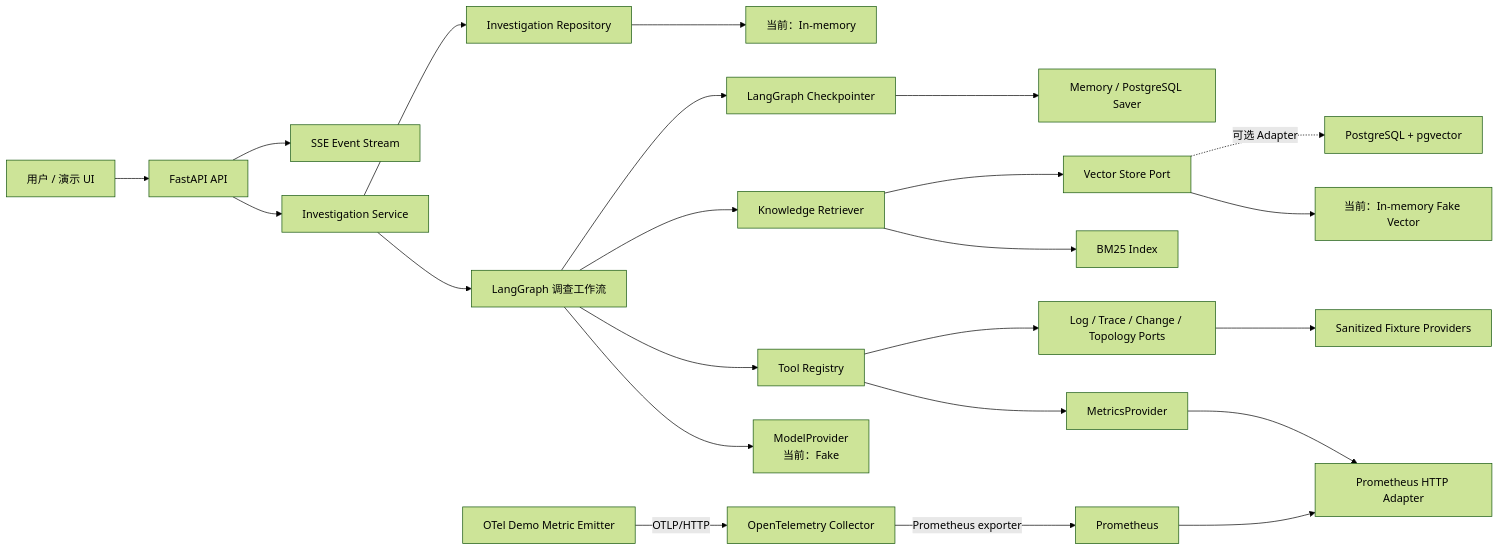
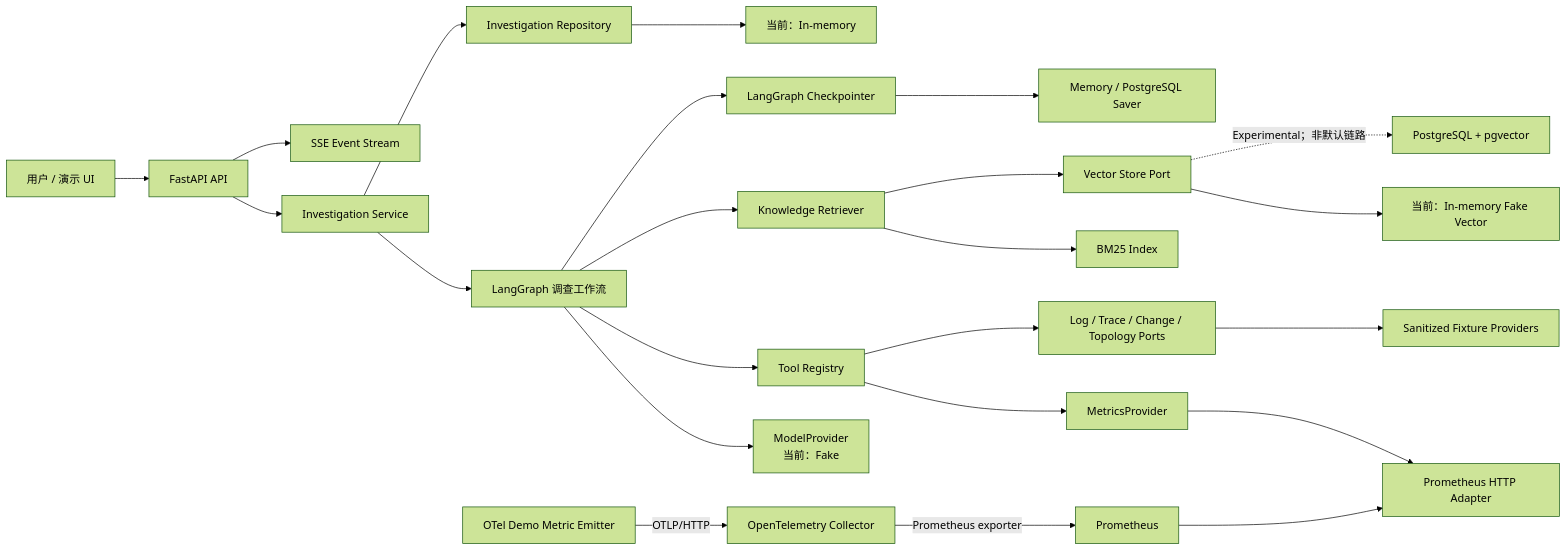
One commit to Solene200/incident-copilot changed the diagram in docs/ARCHITECTURE.md. Above: the diagram before and after it, drawn with Mermaid (forest theme). The commit also changed other lines of this file and 30 other files, not shown here.

````diff
--- a/docs/ARCHITECTURE.md
+++ b/docs/ARCHITECTURE.md
@@ -14,25 +25,25 @@
 ```mermaid
 flowchart LR
     User["用户 / 演示 UI"] --> API["FastAPI API"]
     API --> Service["Investigation Service"]
     Service --> Graph["LangGraph 调查工作流"]
     Graph --> Model["ModelProvider\n当前：Fake"]
     Graph --> Registry["Tool Registry"]
     Registry --> MetricPort["MetricsProvider"]
     Registry --> OtherPorts["Log / Trace / Change / Topology Ports"]
     MetricPort --> PromAdapter["Prometheus HTTP Adapter"]
     OtherPorts --> Fixture["Sanitized Fixture Providers"]
     Graph --> Retriever["Knowledge Retriever"]
     Retriever --> BM25["BM25 Index"]
     Retriever --> Vector["Vector Store Port"]
     Vector --> InMemory["当前：In-memory Fake Vector"]
-    Vector -. "可选 Adapter" .-> PGV["PostgreSQL + pgvector"]
+    Vector -. "Experimental；非默认链路" .-> PGV["PostgreSQL + pgvector"]
     Graph --> Checkpoint["LangGraph Checkpointer"]
     Service --> Repo["Investigation Repository"]
     Repo --> MemoryRepo["当前：In-memory"]
     Checkpoint --> Saver["Memory / PostgreSQL Saver"]
     API --> Stream["SSE Event Stream"]
     Emitter["OTel Demo Metric Emitter"] -->|"OTLP/HTTP"| Collector["OpenTelemetry Collector"]
     Collector -->|"Prometheus exporter"| Prometheus["Prometheus"]
     Prometheus --> PromAdapter
 ```
````
